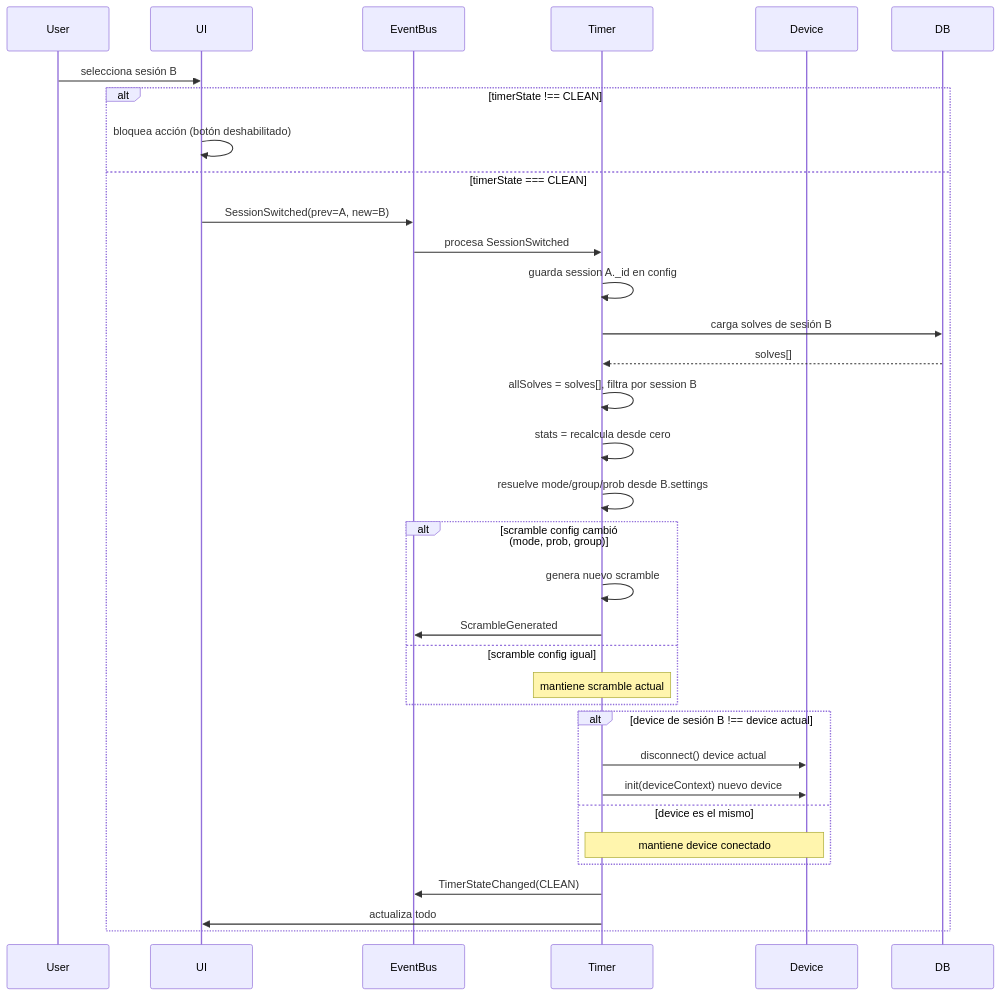
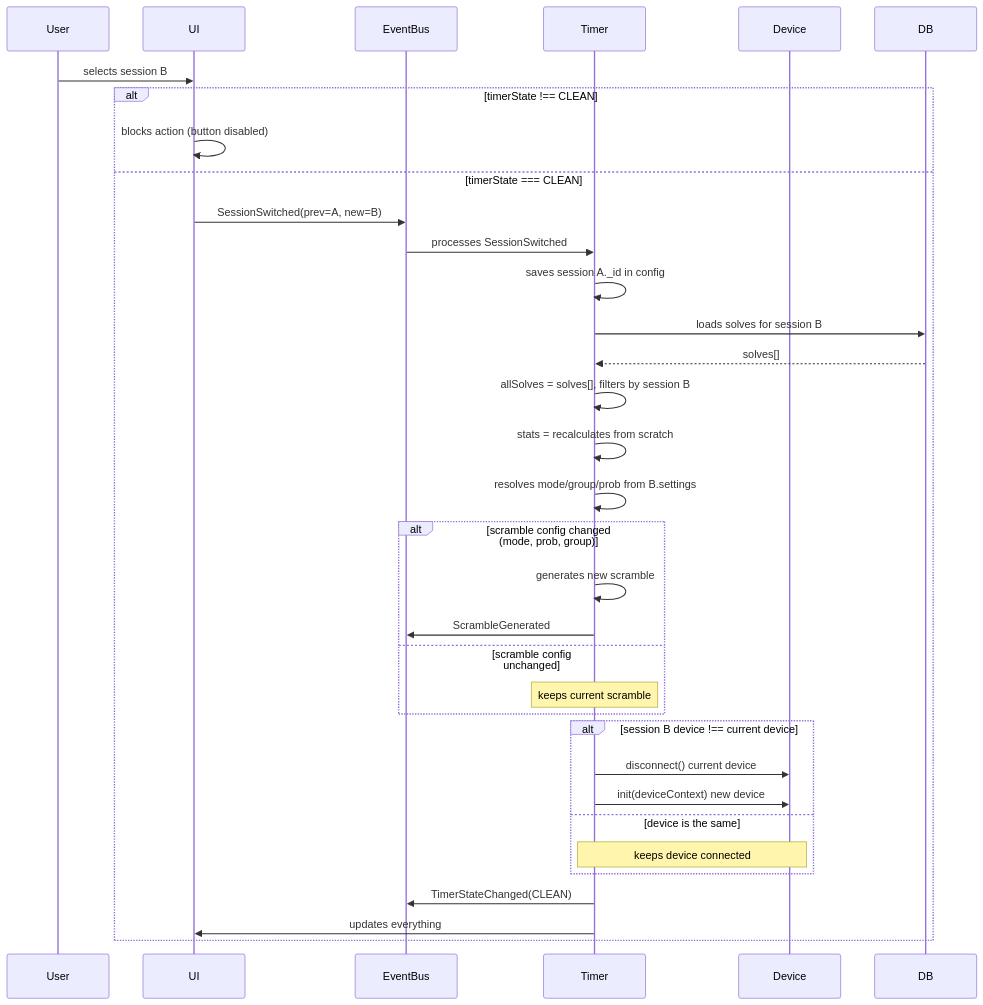
The first of 3 diagrams in docs/architecture/timer/sessions.md (isaacvr/cubicdb), drawn with Mermaid before and after one commit. The commit also changed other lines of this file and 30 other files, not shown here.

````diff
--- a/docs/architecture/timer/sessions.md
+++ b/docs/architecture/timer/sessions.md
@@ -33,45 +33,45 @@
 ```mermaid
 sequenceDiagram
     participant U as User
     participant UI
     participant EB as EventBus
     participant T as Timer
     participant D as Device
     participant DB
 
-    U->>UI: selecciona sesión B
+    U->>UI: selects session B
 
     alt timerState !== CLEAN
-        UI->>UI: bloquea acción (botón deshabilitado)
+        UI->>UI: blocks action (button disabled)
     else timerState === CLEAN
         UI->>EB: SessionSwitched(prev=A, new=B)
 
-        EB->>T: procesa SessionSwitched
-        T->>T: guarda session A._id en config
+        EB->>T: processes SessionSwitched
+        T->>T: saves session A._id in config
 
-        T->>DB: carga solves de sesión B
+        T->>DB: loads solves for session B
         DB-->>T: solves[]
 
-        T->>T: allSolves = solves[], filtra por session B
-        T->>T: stats = recalcula desde cero
+        T->>T: allSolves = solves[], filters by session B
+        T->>T: stats = recalculates from scratch
 
-        T->>T: resuelve mode/group/prob desde B.settings
+        T->>T: resolves mode/group/prob from B.settings
 
-        alt scramble config cambió (mode, prob, group)
-            T->>T: genera nuevo scramble
+        alt scramble config changed (mode, prob, group)
+            T->>T: generates new scramble
             T->>EB: ScrambleGenerated
-        else scramble config igual
-            Note over T: mantiene scramble actual
+        else scramble config unchanged
+            Note over T: keeps current scramble
         end
 
-        alt device de sesión B !== device actual
-            T->>D: disconnect() device actual
-            T->>D: init(deviceContext) nuevo device
-        else device es el mismo
-            Note over T,D: mantiene device conectado
+        alt session B device !== current device
+            T->>D: disconnect() current device
+            T->>D: init(deviceContext) new device
+        else device is the same
+            Note over T,D: keeps device connected
         end
 
         T->>EB: TimerStateChanged(CLEAN)
-        T->>UI: actualiza todo
+        T->>UI: updates everything
     end
 ```
````
